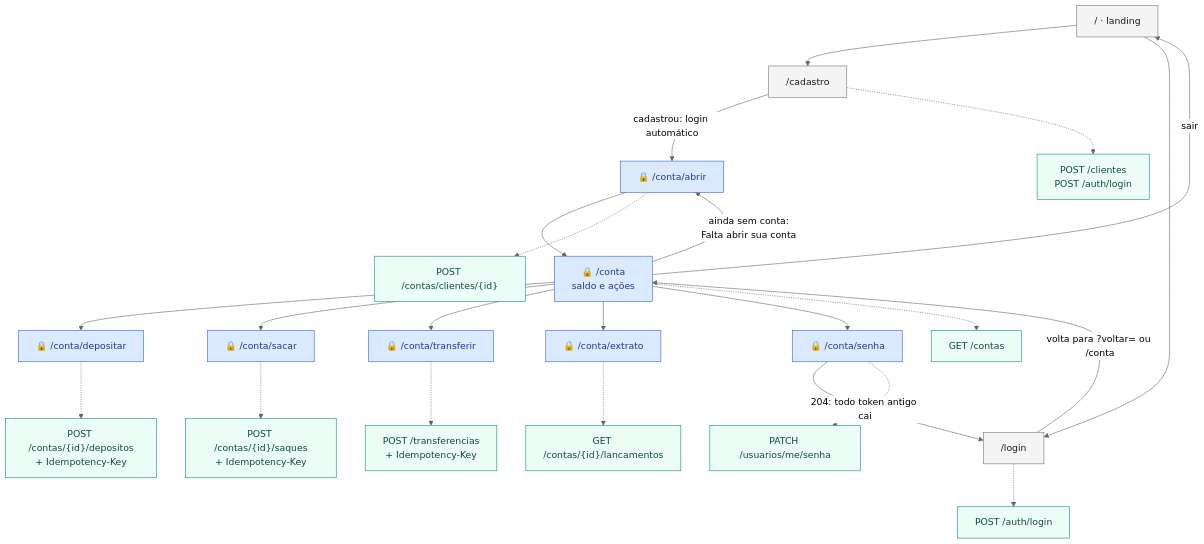
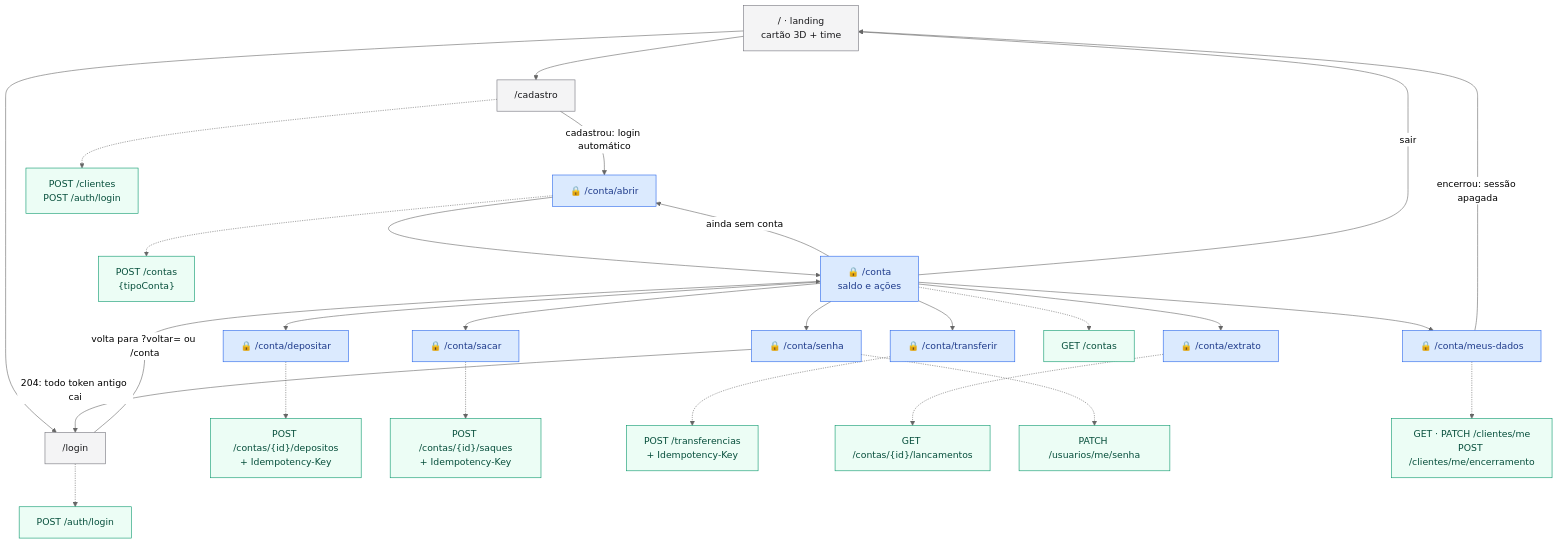
One commit to k3vinrich4rd/rkf_bank changed the second of 11 diagrams in FLUXOS.md. Above: the diagram before and after it, drawn with Mermaid (neutral theme). The commit also changed other lines of this file and 19 other files, not shown here.

````diff
--- a/FLUXOS.md
+++ b/FLUXOS.md
@@ -51,30 +71,33 @@
 ```mermaid
 flowchart TB
     classDef publica fill:#f4f4f5,stroke:#71717a,color:#18181b
     classDef privada fill:#dbeafe,stroke:#2563eb,color:#1e3a8a
     classDef api fill:#ecfdf5,stroke:#059669,color:#064e3b
 
-    L["/ · landing"]:::publica --> CAD["/cadastro"]:::publica
+    L["/ · landing<br/>cartão 3D + time"]:::publica --> CAD["/cadastro"]:::publica
     L --> LOG["/login"]:::publica
     CAD -->|"cadastrou: login automático"| ABR["🔒 /conta/abrir"]:::privada
     LOG -->|"volta para ?voltar= ou /conta"| CONTA["🔒 /conta<br/>saldo e ações"]:::privada
-    CONTA -->|"ainda sem conta:<br/>Falta abrir sua conta"| ABR
+    CONTA -->|"ainda sem conta"| ABR
     ABR --> CONTA
     CONTA --> DEP["🔒 /conta/depositar"]:::privada
     CONTA --> SAQ["🔒 /conta/sacar"]:::privada
     CONTA --> TRF["🔒 /conta/transferir"]:::privada
     CONTA --> EXT["🔒 /conta/extrato"]:::privada
     CONTA --> SEN["🔒 /conta/senha"]:::privada
+    CONTA --> MD["🔒 /conta/meus-dados"]:::privada
     SEN -->|"204: todo token antigo cai"| LOG
+    MD -->|"encerrou: sessão apagada"| L
     CONTA -->|"sair"| L
 
     CAD -.-> A1["POST /clientes<br/>POST /auth/login"]:::api
     LOG -.-> A2["POST /auth/login"]:::api
-    ABR -.-> A3["POST /contas/clientes/{id}"]:::api
+    ABR -.-> A3["POST /contas<br/>{tipoConta}"]:::api
     CONTA -.-> A4["GET /contas"]:::api
     DEP -.-> A5["POST /contas/{id}/depositos<br/>+ Idempotency-Key"]:::api
     SAQ -.-> A6["POST /contas/{id}/saques<br/>+ Idempotency-Key"]:::api
     TRF -.-> A7["POST /transferencias<br/>+ Idempotency-Key"]:::api
     EXT -.-> A8["GET /contas/{id}/lancamentos"]:::api
     SEN -.-> A9["PATCH /usuarios/me/senha"]:::api
+    MD -.-> A10["GET · PATCH /clientes/me<br/>POST /clientes/me/encerramento"]:::api
 ```
````
